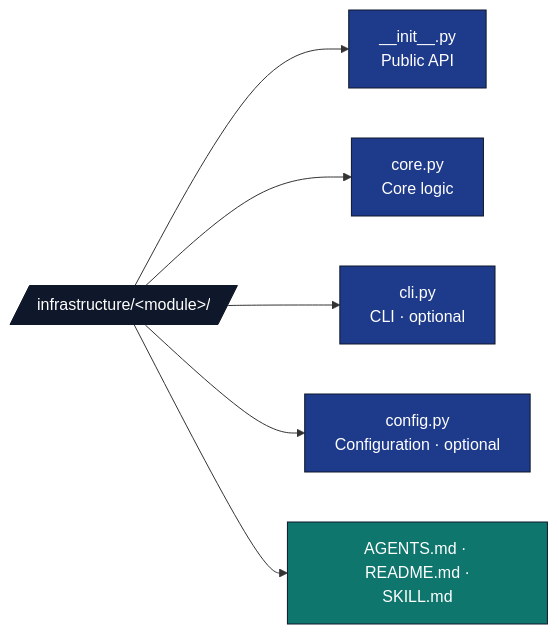
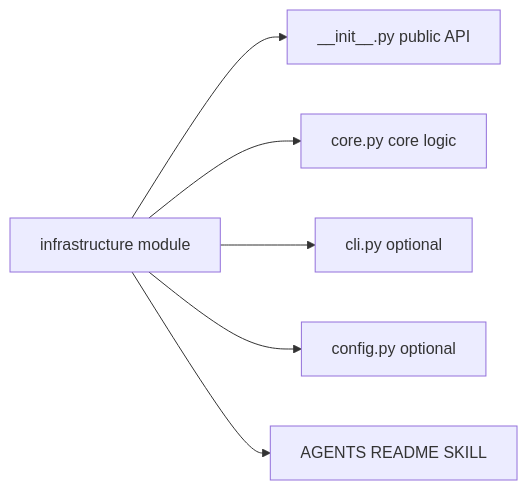
The first of 3 diagrams in docs/rules/AGENTS.md (docxology/template), drawn with Mermaid before and after one commit. The commit also changed other lines of this file and 94 other files, not shown here.

````diff
--- a/docs/rules/AGENTS.md
+++ b/docs/rules/AGENTS.md
@@ -194,16 +194,9 @@
 ```mermaid
 flowchart LR
-    M[/infrastructure/&lt;module&gt;//]
-    M --> INIT[__init__.py<br/>Public API]
-    M --> CORE[core.py<br/>Core logic]
-    M --> CLI[cli.py<br/>CLI · optional]
-    M --> CFG[config.py<br/>Configuration · optional]
-    M --> DOCS[AGENTS.md · README.md ·<br/>SKILL.md]
-
-    classDef d fill:#0f172a,stroke:#0f172a,color:#fff
-    classDef code fill:#1e3a8a,stroke:#0f172a,color:#fff
-    classDef doc fill:#0f766e,stroke:#0f172a,color:#fff
-    class M d
-    class INIT,CORE,CLI,CFG code
-    class DOCS doc
+    M[infrastructure module]
+    M --> INIT[__init__.py public API]
+    M --> CORE[core.py core logic]
+    M --> CLI[cli.py optional]
+    M --> CFG[config.py optional]
+    M --> DOCS[AGENTS README SKILL]
 ```
````
